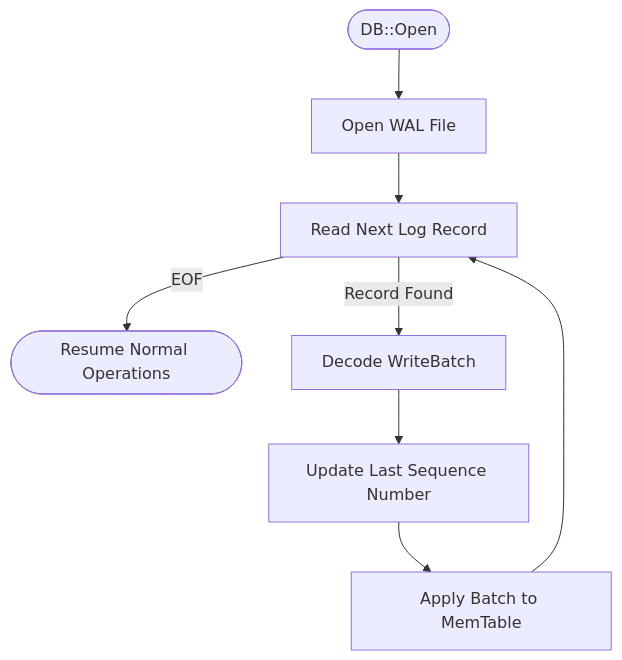
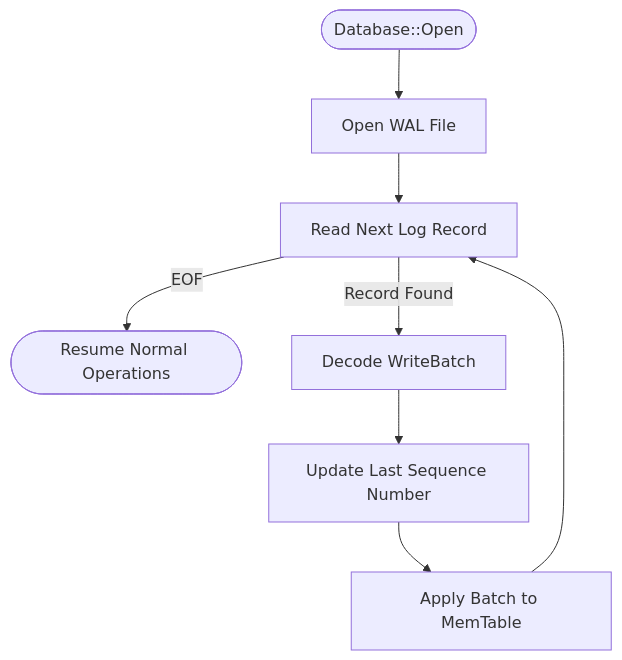
The fourth of 7 diagrams in docs/architecture.md (puji4810/Prism), drawn with Mermaid before and after one commit. The commit also changed other lines of this file and 2 other files, not shown here.

First line of the commit message:
Docs: Document Database/AsyncDB and Snapshot APIs

````diff
--- a/docs/architecture.md
+++ b/docs/architecture.md
@@ -109,10 +116,10 @@
 ```mermaid
 flowchart TD
-    Start([DB::Open]) --> OpenWAL[Open WAL File]
+    Start([Database::Open]) --> OpenWAL[Open WAL File]
     OpenWAL --> ReadRecord[Read Next Log Record]
     ReadRecord -- EOF --> Finish([Resume Normal Operations])
     ReadRecord -- Record Found --> Decode[Decode WriteBatch]
     Decode --> UpdateSeq[Update Last Sequence Number]
     UpdateSeq --> ApplyMem[Apply Batch to MemTable]
     ApplyMem --> ReadRecord
 ```
````
